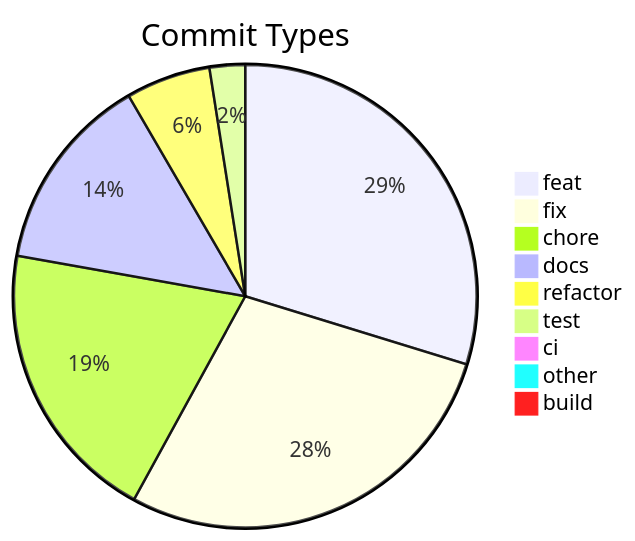
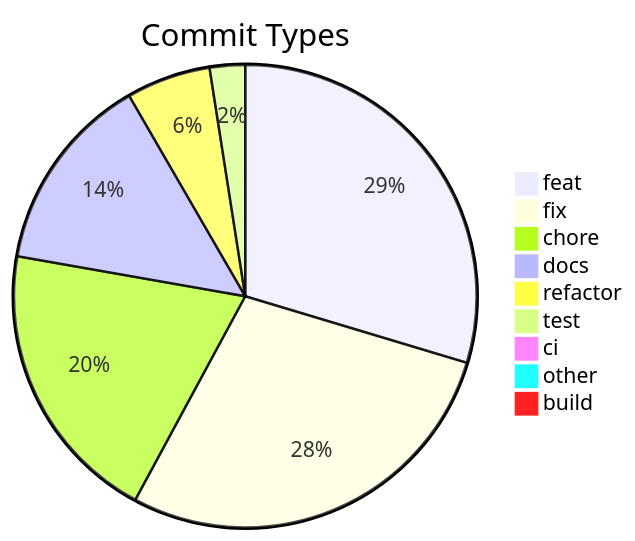
Before and after one commit to svenroth-ai/shipwright: the diagram in .shipwright/compliance/change-history.md, drawn with Mermaid. The commit also changed other lines of this file and 7 other files, not shown here.

````diff
--- a/.shipwright/compliance/change-history.md
+++ b/.shipwright/compliance/change-history.md
@@ -8,12 +8,12 @@
 ```mermaid
 pie title Commit Types
     "feat" : 252
-    "fix" : 239
-    "chore" : 168
-    "docs" : 117
+    "fix" : 240
+    "chore" : 169
+    "docs" : 118
     "refactor" : 50
     "test" : 21
     "ci" : 7
     "other" : 7
     "build" : 1
 ```
````
